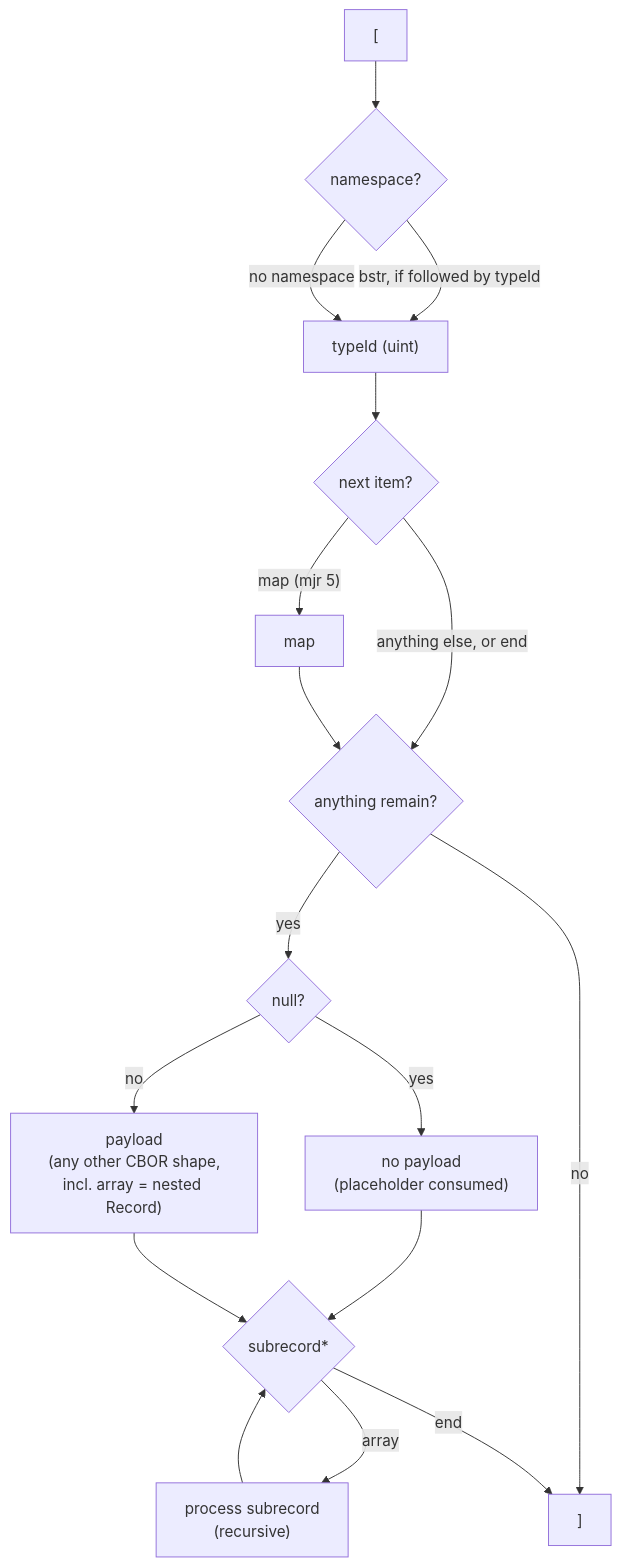
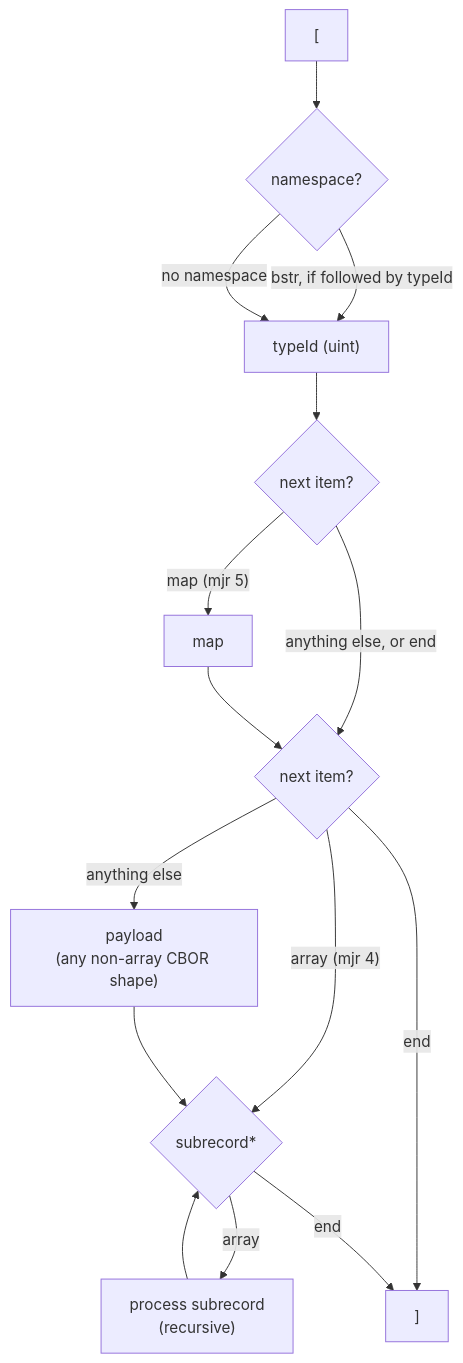
The diagram in docs/QDEF-SPEC.md (mofosyne/qdef), drawn with Mermaid before and after one commit. The commit also changed other lines of this file and 11 other files, not shown here.

````diff
--- a/docs/QDEF-SPEC.md
+++ b/docs/QDEF-SPEC.md
@@ -198,22 +201,20 @@
 ```mermaid
 flowchart TD
     Start["["] --> ns{"namespace?"}
     ns -->|"bstr, if followed by typeId"| typeId["typeId (uint)"]
     ns -->|"no namespace"| typeId
 
     typeId --> checkMap{"next item?"}
     checkMap -->|"map (mjr 5)"| map["map"]
     checkMap -->|"anything else, or end"| afterMap
 
-    map --> afterMap{"anything remain?"}
-    afterMap -->|"yes"| checkNull{"null?"}
-    afterMap -->|"no"| End["]"]
-    checkNull -->|"yes"| noPayload["no payload<br/>(placeholder consumed)"]
-    checkNull -->|"no"| payload["payload<br/>(any other CBOR shape,<br/>incl. array = nested Record)"]
-    noPayload --> subrecords
+    map --> afterMap{"next item?"}
+    afterMap -->|"array (mjr 4)"| subrecords
+    afterMap -->|"anything else"| payload["payload<br/>(any non-array CBOR shape)"]
+    afterMap -->|"end"| End["]"]
     payload --> subrecords
 
     subrecords{"subrecord*"} -->|"array"| process["process subrecord<br/>(recursive)"]
     process --> subrecords
     subrecords -->|"end"| End
 ```
````
